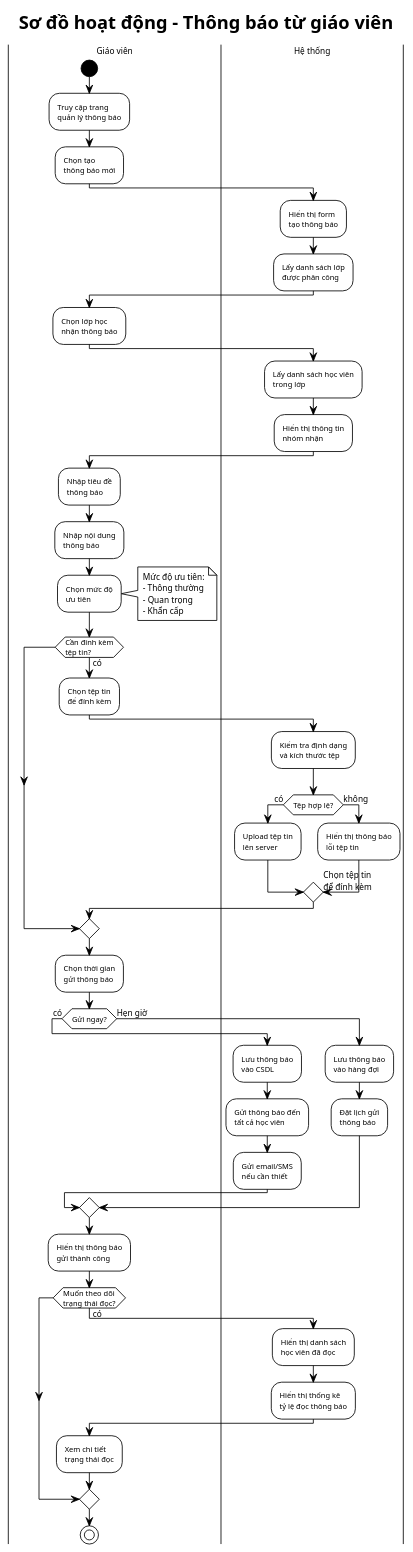
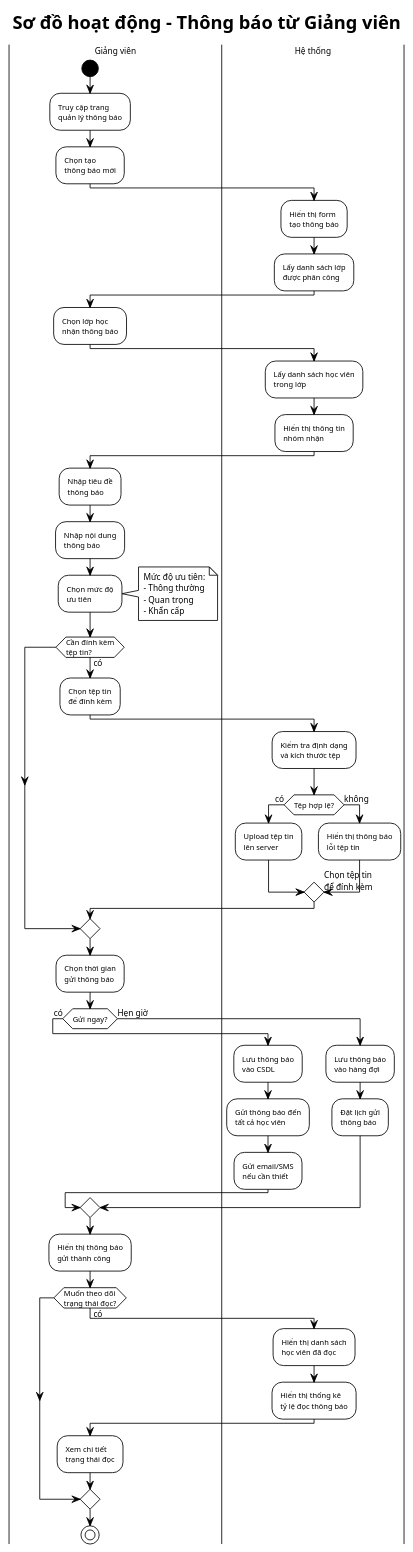
The diagram in atvtd/thongbaotugv.puml (pTBgH/pttkht), drawn with PlantUML before and after one commit. The commit also changed 23 other files, not shown here.

```diff
--- a/atvtd/thongbaotugv.puml
+++ b/atvtd/thongbaotugv.puml
@@ -1,88 +1,88 @@
 @startuml
 !theme plain
 skinparam defaultFontSize 10
 skinparam activityFontSize 9
 skinparam swimlaneTitleFontSize 10
 skinparam maxMessageSize 150
 skinparam ranksep 60
 skinparam activityStartColor black
 skinparam activityEndColor black
 skinparam activityEndColorBorder black
 skinparam activityBarColor black
 skinparam circledCharacterFontColor black
 
-title Sơ đồ hoạt động - Thông báo từ giáo viên
+title Sơ đồ hoạt động - Thông báo từ Giảng viên
 
-|Giáo viên|
+|Giảng viên|
 start
 :Truy cập trang\nquản lý thông báo;
 :Chọn tạo\nthông báo mới;
 
 |Hệ thống|
 :Hiển thị form\ntạo thông báo;
 :Lấy danh sách lớp\nđược phân công;
 
-|Giáo viên|
+|Giảng viên|
 :Chọn lớp học\nnhận thông báo;
 
 |Hệ thống|
 :Lấy danh sách học viên\ntrong lớp;
 :Hiển thị thông tin\nnhóm nhận;
 
-|Giáo viên|
+|Giảng viên|
 :Nhập tiêu đề\nthông báo;
 :Nhập nội dung\nthông báo;
 :Chọn mức độ\nưu tiên;
 
 note right
   Mức độ ưu tiên:
   - Thông thường
   - Quan trọng
   - Khẩn cấp
 end note
 
 if (Cần đính kèm\ntệp tin?) then (có)
   :Chọn tệp tin\nđể đính kèm;
   
   |Hệ thống|
   :Kiểm tra định dạng\nvà kích thước tệp;
   
   if (Tệp hợp lệ?) then (có)
     :Upload tệp tin\nlên server;
   else (không)
     :Hiển thị thông báo\nlỗi tệp tin;
-    |Giáo viên|
+    |Giảng viên|
     -> Chọn tệp tin\nđể đính kèm;
   endif
 endif
 
-|Giáo viên|
+|Giảng viên|
 :Chọn thời gian\ngửi thông báo;
 
 if (Gửi ngay?) then (có)
   |Hệ thống|
   :Lưu thông báo\nvào CSDL;
   :Gửi thông báo đến\ntất cả học viên;
   :Gửi email/SMS\nnếu cần thiết;
   
 else (Hẹn giờ)
   |Hệ thống|
   :Lưu thông báo\nvào hàng đợi;
   :Đặt lịch gửi\nthông báo;
 endif
 
-|Giáo viên|
+|Giảng viên|
 :Hiển thị thông báo\ngửi thành công;
 
 if (Muốn theo dõi\ntrạng thái đọc?) then (có)
   |Hệ thống|
   :Hiển thị danh sách\nhọc viên đã đọc;
   :Hiển thị thống kê\ntỷ lệ đọc thông báo;
   
-  |Giáo viên|
+  |Giảng viên|
   :Xem chi tiết\ntrạng thái đọc;
 endif
 
 stop
 
 @enduml
```
